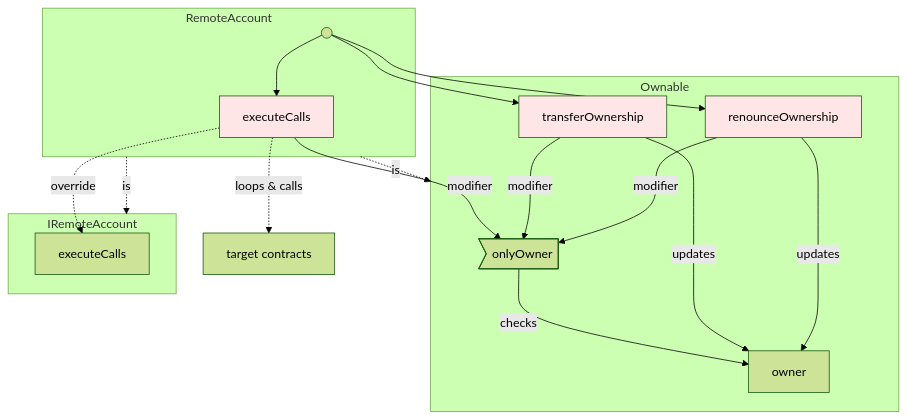
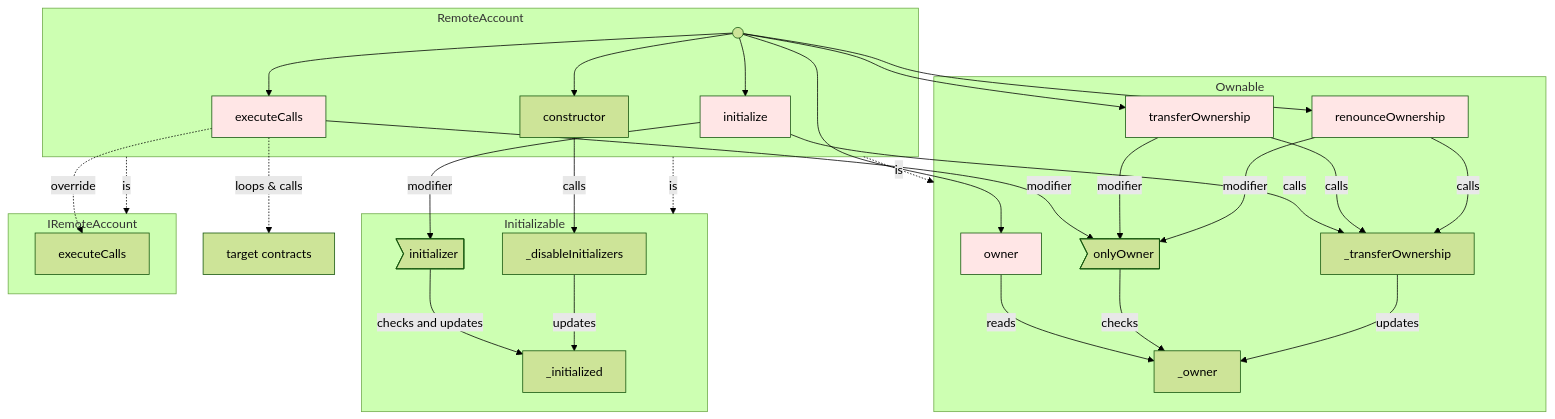
Before and after one commit to agoric-labs/agoric-to-axelar-local: the fourth of 8 diagrams in packages/axelar-local-dev-cosmos/src/contracts/design.md, drawn with Mermaid (forest theme). The commit also changed other lines of this file, not shown here.

````diff
--- a/packages/axelar-local-dev-cosmos/src/contracts/design.md
+++ b/packages/axelar-local-dev-cosmos/src/contracts/design.md
@@ -209,43 +213,66 @@
 ```mermaid
 graph TB
+    subgraph Initializable
+        _initialized
+        _disableInitializers
+        %% modifiers
+        initializer@{shape: odd}
+    end
     subgraph Ownable
+        _owner
         owner
         transferOwnership
         renounceOwnership
+        _transferOwnership
         %% modifiers
         onlyOwner@{shape: odd}
     end
     subgraph IRemoteAccount
         IRemoteAccount_executeCalls[executeCalls]
     end
 
     subgraph RemoteAccount
         START@{shape: start}
+        CTOR[constructor]
+        initialize
         executeCalls
     end
 
     EXTERNAL[target contracts]
 
     %% inheritance
     RemoteAccount -.->|is| Ownable
+    RemoteAccount -.->|is| Initializable
     RemoteAccount -.->|is| IRemoteAccount
     executeCalls -.->|override| IRemoteAccount_executeCalls
 
     %% operation
+    START --> CTOR
+    START --> initialize
     START --> executeCalls
     START --> transferOwnership
     START --> renounceOwnership
+    START --> owner
+    CTOR -->|calls| _disableInitializers
+    initialize -->|modifier| initializer
+    initialize -->|calls| _transferOwnership
     executeCalls -->|modifier| onlyOwner
     executeCalls -.->|loops & calls| EXTERNAL
     transferOwnership -->|modifier| onlyOwner
+    transferOwnership -->|calls| _transferOwnership
     renounceOwnership -->|modifier| onlyOwner
+    renounceOwnership -->|calls| _transferOwnership
+    owner -->|reads| _owner
 
     %% state access
-    onlyOwner -->|checks| owner
-    transferOwnership -->|updates| owner
-    renounceOwnership -->|updates| owner
+    onlyOwner -->|checks| _owner
+    _transferOwnership -->|updates| _owner
+    initializer -->|checks and updates| _initialized
+    _disableInitializers -->|updates| _initialized
 
+    style owner fill:#ffe6e6
     style executeCalls fill:#ffe6e6
+    style initialize fill:#ffe6e6
     style transferOwnership fill:#ffe6e6
     style renounceOwnership fill:#ffe6e6
 ```
````
